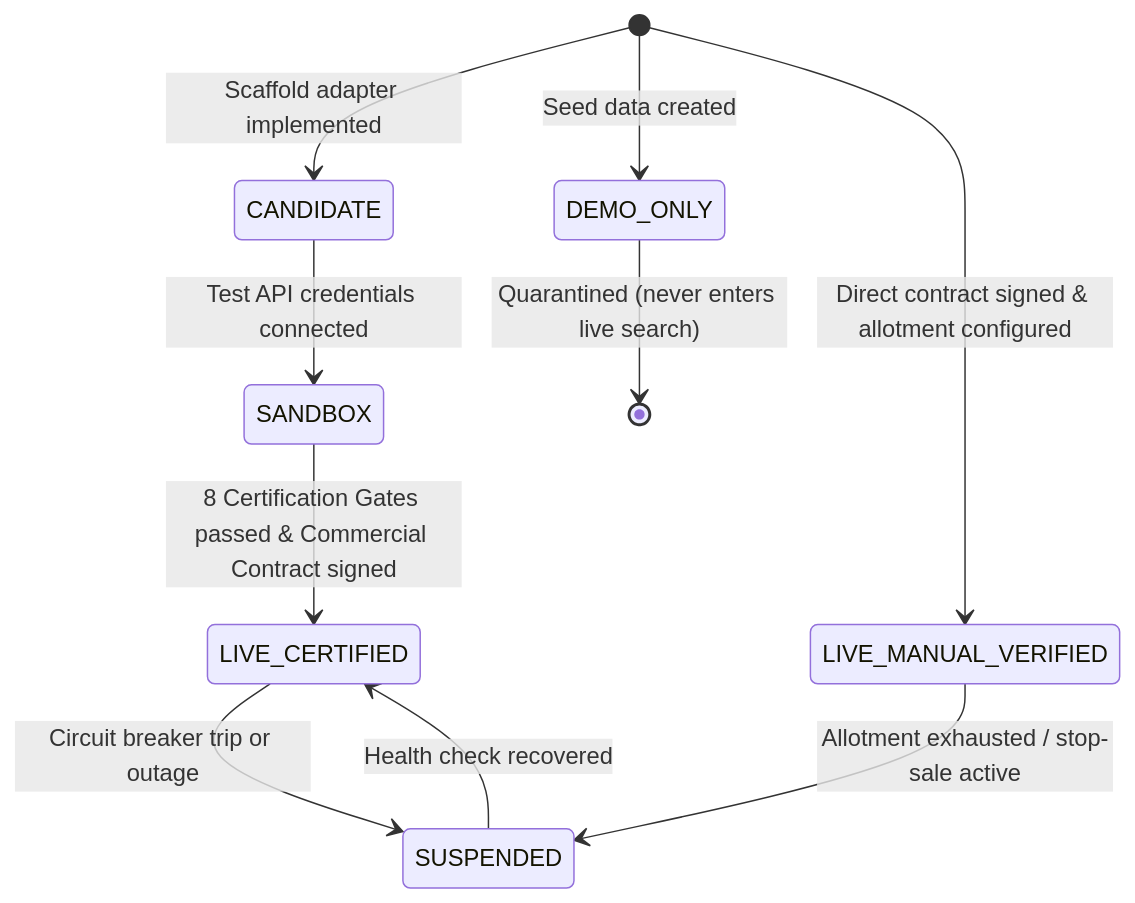
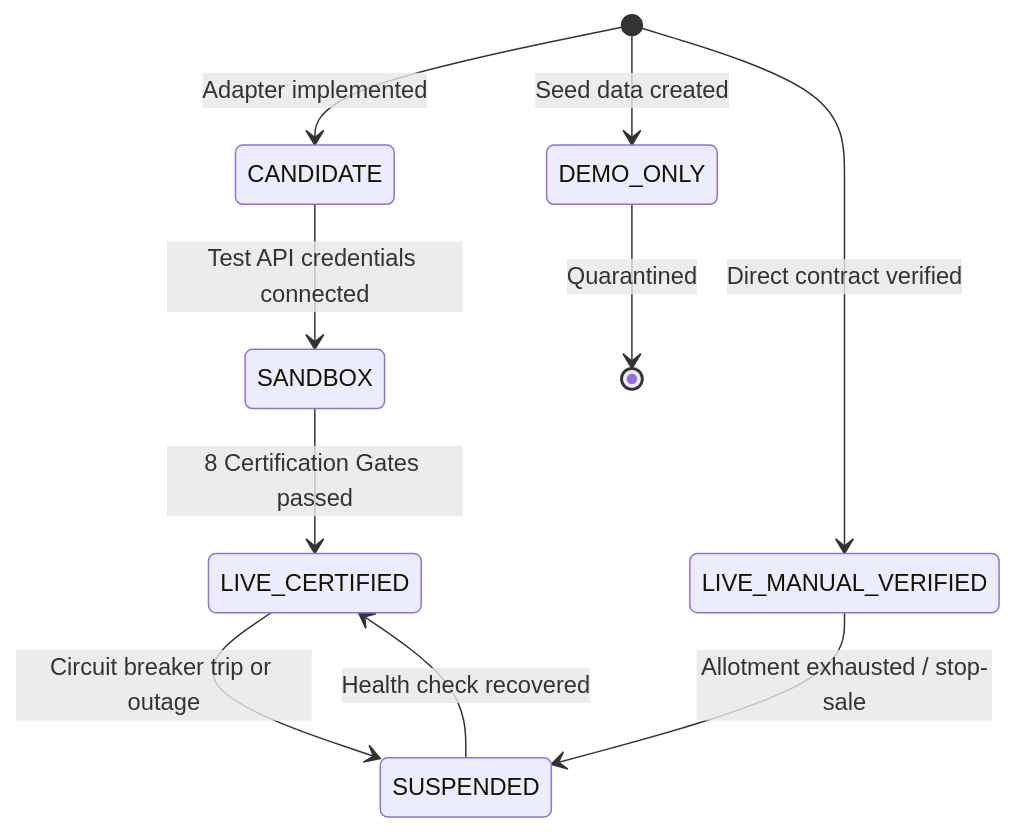
The second of 6 diagrams in docs/19_VACATINA_PRE_IMPLEMENTATION_INVENTORY_ARCHITECTURE_AND_RE_AUDIT.md (vacatina/vacatina), drawn with Mermaid before and after one commit. The commit also changed other lines of this file and 9 other files, not shown here.

Commit message:
feat(inventory): ratify v1.1 architecture with entity resolution, 18-attr CMS, and per-provider circuit breakers

````diff
--- a/docs/19_VACATINA_PRE_IMPLEMENTATION_INVENTORY_ARCHITECTURE_AND_RE_AUDIT.md
+++ b/docs/19_VACATINA_PRE_IMPLEMENTATION_INVENTORY_ARCHITECTURE_AND_RE_AUDIT.md
@@ -76,14 +90,14 @@
 ```mermaid
 stateDiagram-v2
-    [*] --> CANDIDATE: Scaffold adapter implemented
+    [*] --> CANDIDATE: Adapter implemented
     CANDIDATE --> SANDBOX: Test API credentials connected
-    SANDBOX --> LIVE_CERTIFIED: 8 Certification Gates passed & Commercial Contract signed
+    SANDBOX --> LIVE_CERTIFIED: 8 Certification Gates passed
     LIVE_CERTIFIED --> SUSPENDED: Circuit breaker trip or outage
     SUSPENDED --> LIVE_CERTIFIED: Health check recovered
 
     [*] --> DEMO_ONLY: Seed data created
-    DEMO_ONLY --> [*]: Quarantined (never enters live search)
+    DEMO_ONLY --> [*]: Quarantined
 
-    [*] --> LIVE_MANUAL_VERIFIED: Direct contract signed & allotment configured
-    LIVE_MANUAL_VERIFIED --> SUSPENDED: Allotment exhausted / stop-sale active
+    [*] --> LIVE_MANUAL_VERIFIED: Direct contract verified
+    LIVE_MANUAL_VERIFIED --> SUSPENDED: Allotment exhausted / stop-sale
 ```
````
